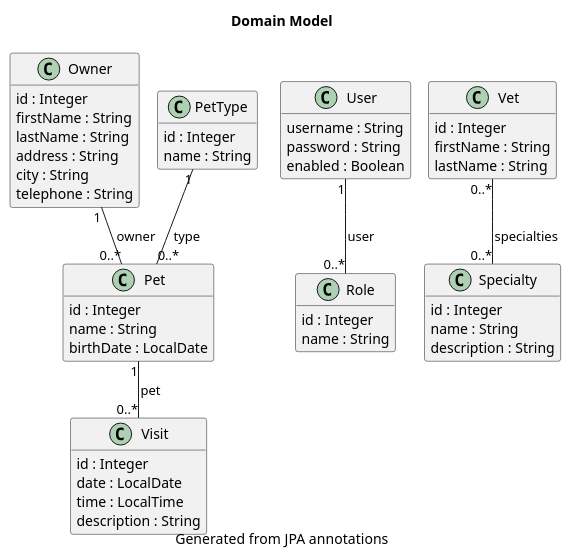
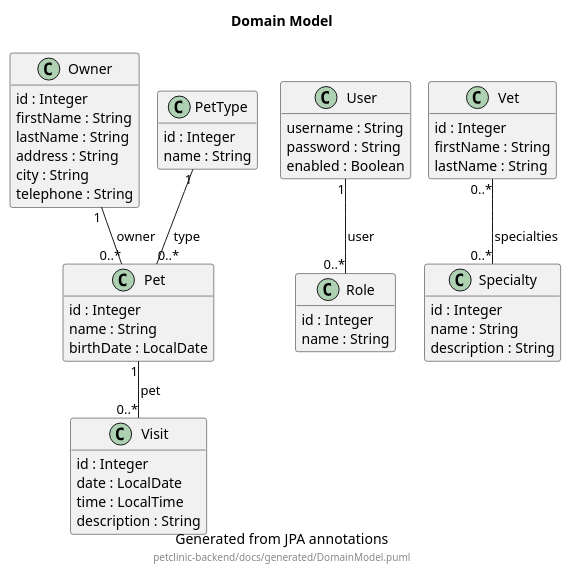
Before and after one commit to victorrentea/petclinic: the diagram in petclinic-backend/docs/generated/DomainModel.puml, drawn with PlantUML. The commit also changed 8 other files, not shown here.

First line of the commit message:
feat(docs): minimal image-gallery README + self-identifying generated diagrams

```diff
--- a/petclinic-backend/docs/generated/DomainModel.puml
+++ b/petclinic-backend/docs/generated/DomainModel.puml
@@ -1,59 +1,60 @@
 @startuml
 !pragma layout smetana
 
 title Domain Model
 caption Generated from JPA annotations
+footer petclinic-backend/docs/generated/DomainModel.puml
 
 hide empty members
 skinparam classAttributeIconSize 0
 
 class Owner {
   id : Integer
   firstName : String
   lastName : String
   address : String
   city : String
   telephone : String
 }
 class Pet {
   id : Integer
   name : String
   birthDate : LocalDate
 }
 class PetType {
   id : Integer
   name : String
 }
 class Role {
   id : Integer
   name : String
 }
 class Specialty {
   id : Integer
   name : String
   description : String
 }
 class User {
   username : String
   password : String
   enabled : Boolean
 }
 class Vet {
   id : Integer
   firstName : String
   lastName : String
 }
 class Visit {
   id : Integer
   date : LocalDate
   time : LocalTime
   description : String
 }
 
 PetType "1" -- "0..*" Pet : type
 Owner "1" -- "0..*" Pet : owner
 User "1" -- "0..*" Role : user
 Vet "0..*" -- "0..*" Specialty : specialties
 Pet "1" -- "0..*" Visit : pet
 
 @enduml
```
